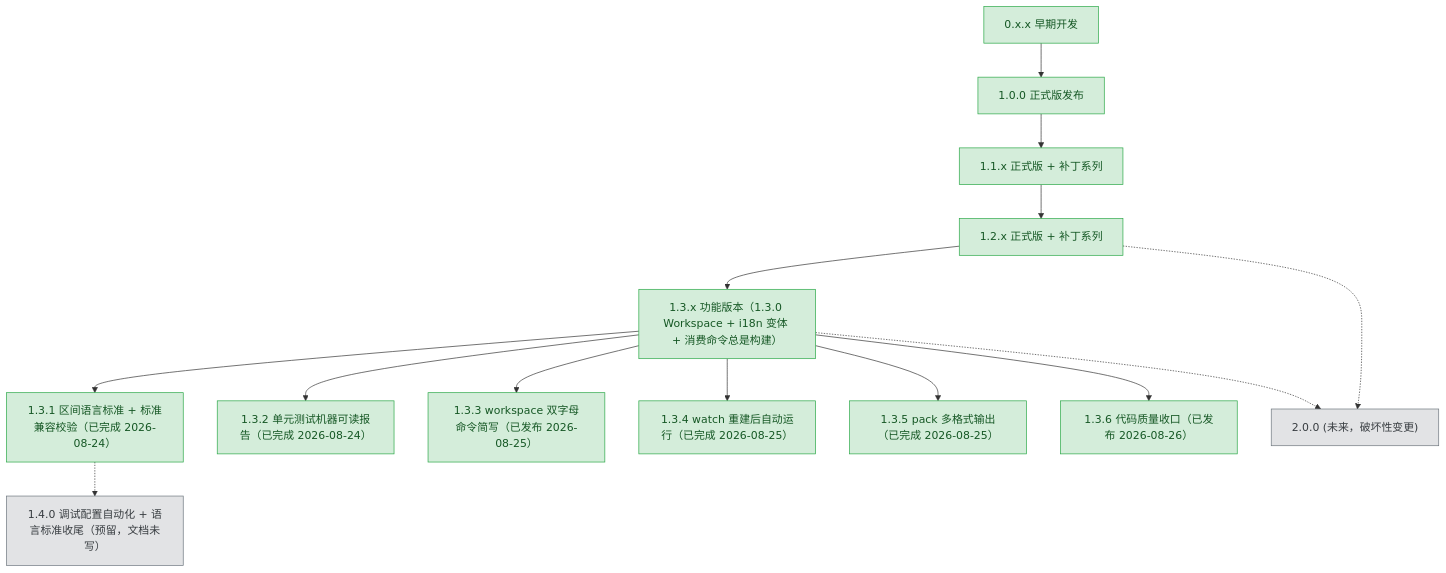
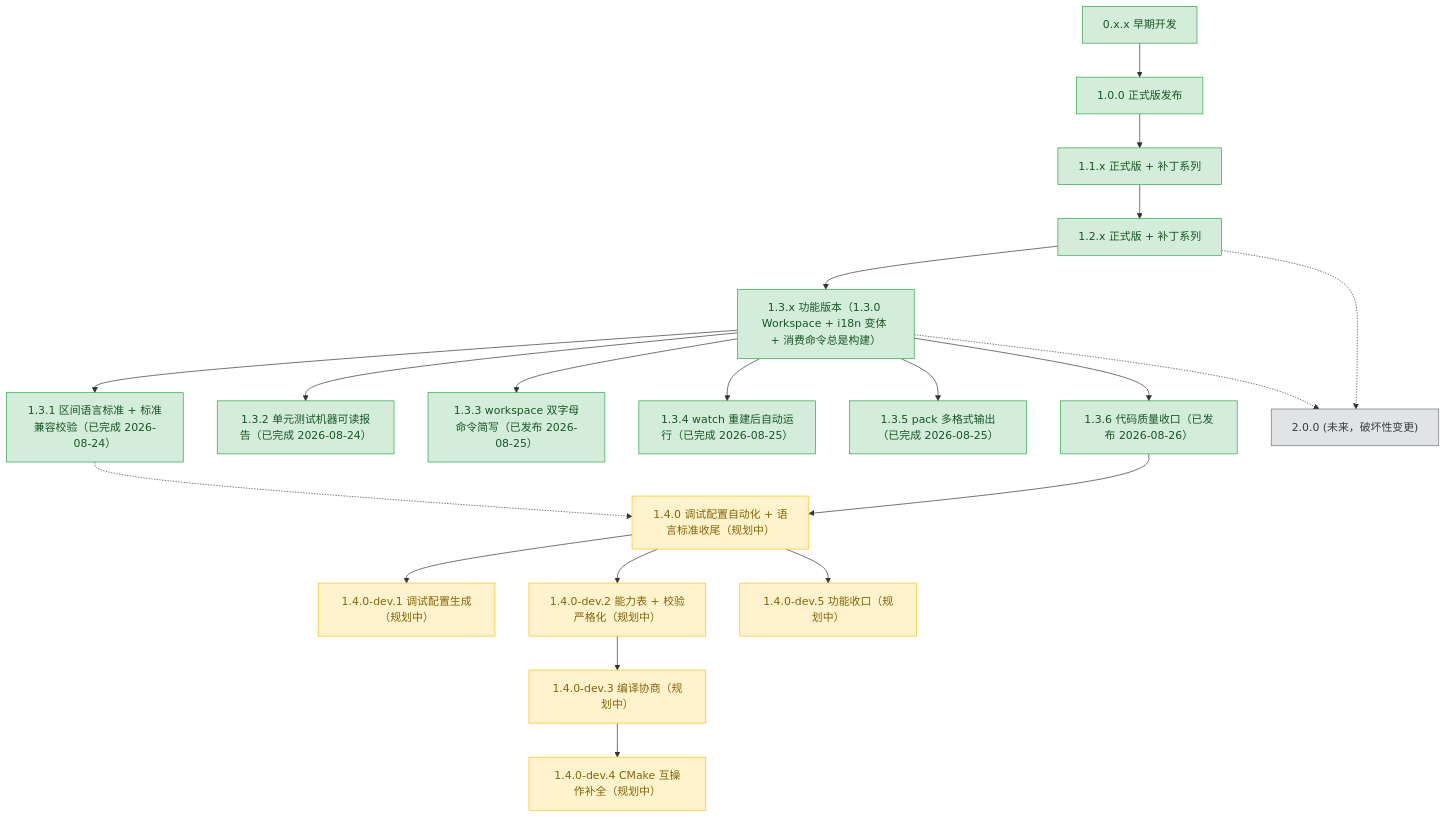
Before and after one commit to 3667808244/EazyMake: the diagram in plans/README.md, drawn with Mermaid. The commit also changed other lines of this file and 6 other files, not shown here.

Commit message:
docs(plan): 1.4.0 dev.1~dev.5 计划 — 调试配置生成 / 工具链能力表+校验严格化 / 编译协商（语义B）/ CMake 互操作补全 / 功能收口 + 系列 README + plans 索引更新

````diff
--- a/plans/README.md
+++ b/plans/README.md
@@ -62,47 +66,63 @@
 ```mermaid
 graph TD
     v0xx["0.x.x 早期开发"]
     v100["1.0.0 正式版发布"]
     v11x["1.1.x 正式版 + 补丁系列"]
     v12x["1.2.x 正式版 + 补丁系列"]
     v13x["1.3.x 功能版本（1.3.0 Workspace + i18n 变体 + 消费命令总是构建）"]
     v131["1.3.1 区间语言标准 + 标准兼容校验（已完成 2026-08-24）"]
     v132["1.3.2 单元测试机器可读报告（已完成 2026-08-24）"]
     v133["1.3.3 workspace 双字母命令简写（已发布 2026-08-25）"]
     v134["1.3.4 watch 重建后自动运行（已完成 2026-08-25）"]
     v135["1.3.5 pack 多格式输出（已完成 2026-08-25）"]
     v136["1.3.6 代码质量收口（已发布 2026-08-26）"]
-    v140["1.4.0 调试配置自动化 + 语言标准收尾（预留，文档未写）"]
+    v140["1.4.0 调试配置自动化 + 语言标准收尾（规划中）"]
+    v141["1.4.0-dev.1 调试配置生成（规划中）"]
+    v142["1.4.0-dev.2 能力表 + 校验严格化（规划中）"]
+    v143["1.4.0-dev.3 编译协商（规划中）"]
+    v144["1.4.0-dev.4 CMake 互操作补全（规划中）"]
+    v145["1.4.0-dev.5 功能收口（规划中）"]
     v200["2.0.0 (未来，破坏性变更)"]
 
     v0xx --> v100
     v100 --> v11x
     v11x --> v12x
     v12x --> v13x
     v13x --> v131
     v13x --> v132
     v13x --> v133
     v13x --> v134
     v13x --> v135
     v13x --> v136
+    v136 --> v140
+    v140 --> v141
+    v140 --> v142
+    v142 --> v143
+    v143 --> v144
+    v140 --> v145
     v131 -.-> v140
     v12x -.-> v200
     v13x -.-> v200
 
     classDef done fill:#d4edda,stroke:#28a745,color:#155724;
     classDef active fill:#fff3cd,stroke:#ffc107,color:#856404;
     classDef todo fill:#e2e3e5,stroke:#6c757d,color:#383d41;
 
     class v0xx,v100 done;
     class v11x done;
     class v12x done;
     class v13x done;
     class v131 done;
     class v132 done;
     class v133 done;
     class v134 done;
     class v135 done;
     class v136 done;
-    class v140 todo;
+    class v140 active;
+    class v141 active;
+    class v142 active;
+    class v143 active;
+    class v144 active;
+    class v145 active;
     class v200 todo;
 ```
````
